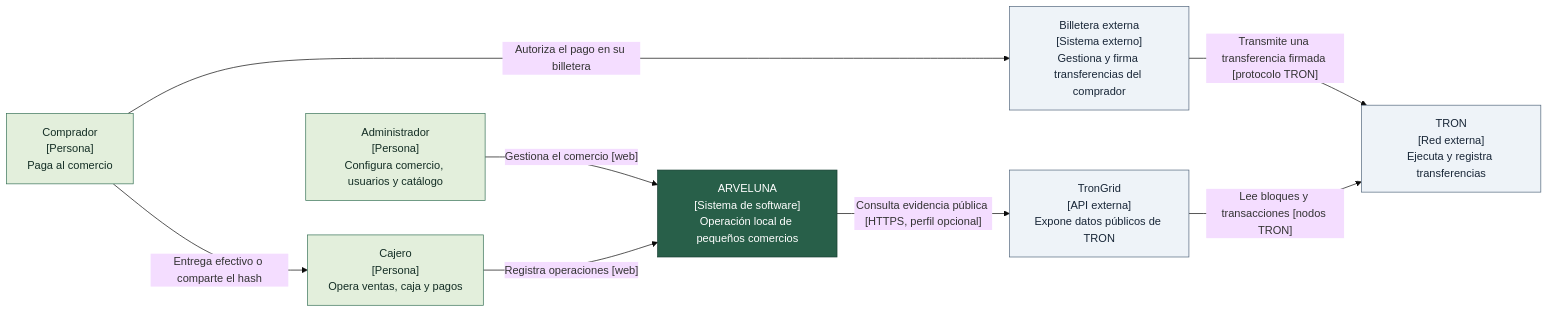
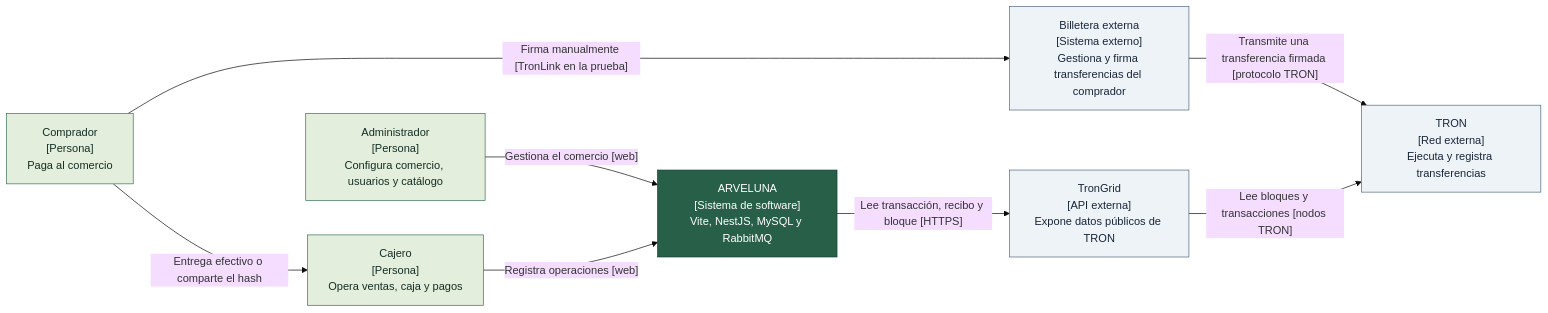
The diagram in docs/full-app/C4-contexto.md (RS04a/ervanula), drawn with Mermaid (base theme) before and after one commit. The commit also changed other lines of this file and 14 other files, not shown here.

````diff
--- a/docs/full-app/C4-contexto.md
+++ b/docs/full-app/C4-contexto.md
@@ -5,23 +5,23 @@
 ```mermaid
 flowchart LR
   A["Administrador<br/>[Persona]<br/>Configura comercio, usuarios y catálogo"]
   C["Cajero<br/>[Persona]<br/>Opera ventas, caja y pagos"]
   B["Comprador<br/>[Persona]<br/>Paga al comercio"]
-  S["ARVELUNA<br/>[Sistema de software]<br/>Operación local de pequeños comercios"]
+  S["ARVELUNA<br/>[Sistema de software]<br/>Vite, NestJS, MySQL y RabbitMQ"]
   W["Billetera externa<br/>[Sistema externo]<br/>Gestiona y firma transferencias del comprador"]
   T["TRON<br/>[Red externa]<br/>Ejecuta y registra transferencias"]
   G["TronGrid<br/>[API externa]<br/>Expone datos públicos de TRON"]
   A -->|"Gestiona el comercio [web]"| S
   C -->|"Registra operaciones [web]"| S
   B -->|"Entrega efectivo o comparte el hash"| C
-  B -->|"Autoriza el pago en su billetera"| W
+  B -->|"Firma manualmente [TronLink en la prueba]"| W
   W -->|"Transmite una transferencia firmada [protocolo TRON]"| T
-  S -->|"Consulta evidencia pública [HTTPS, perfil opcional]"| G
+  S -->|"Lee transacción, recibo y bloque [HTTPS]"| G
   G -->|"Lee bloques y transacciones [nodos TRON]"| T
   classDef person fill:#e3efdc,stroke:#387257,color:#142e25
   classDef system fill:#285f49,stroke:#163d31,color:#fff
   classDef external fill:#eef3f8,stroke:#53677d,color:#182637
   class A,C,B person
   class S system
   class W,T,G external
 ```
````
